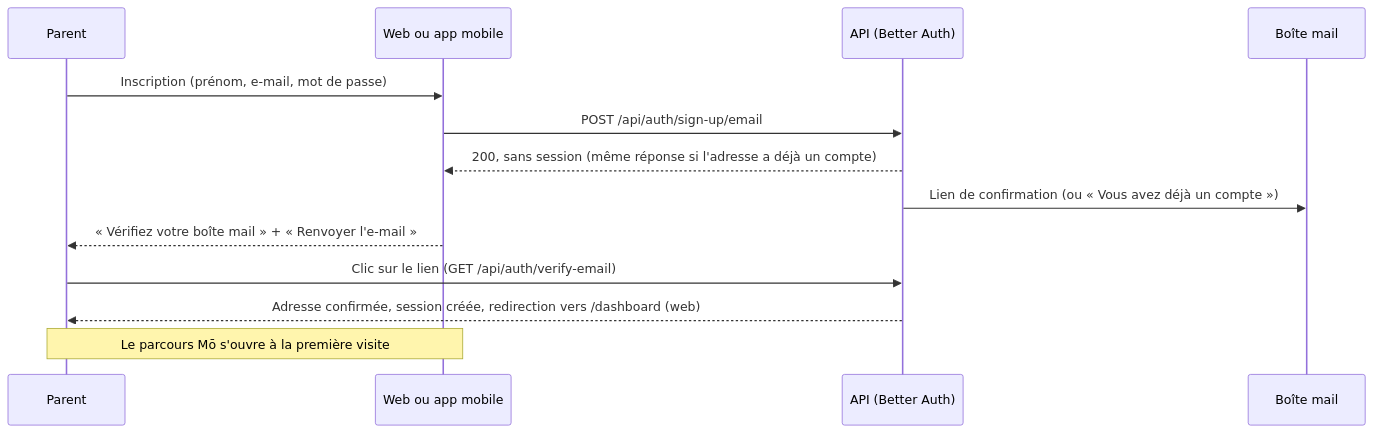
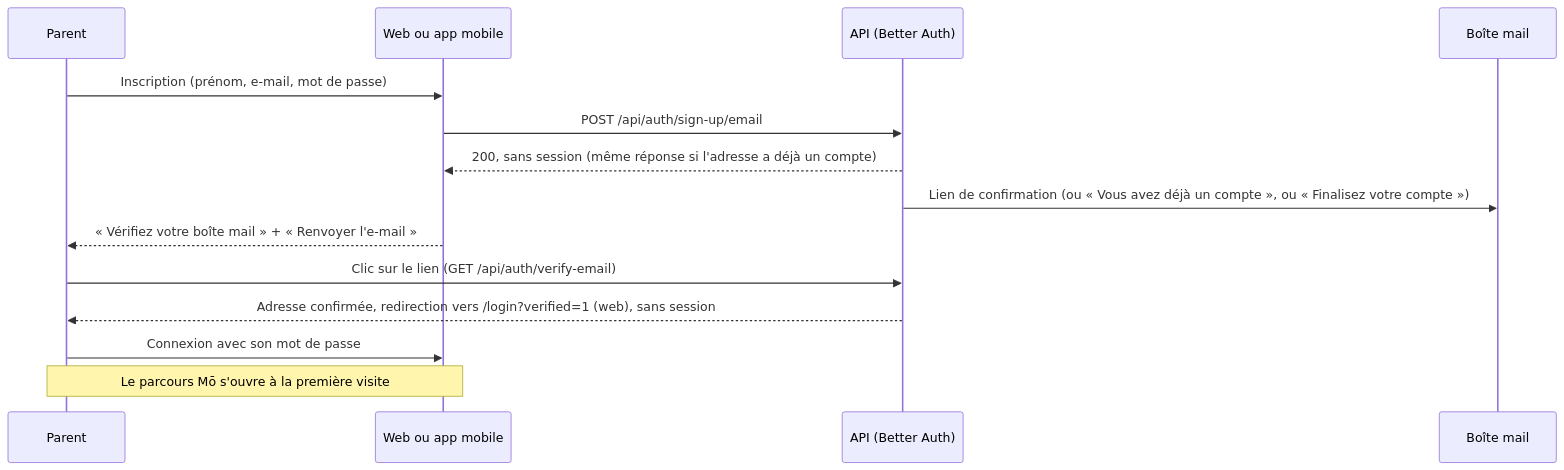
One commit to Wifsimster/toko changed the second of 2 diagrams in docs/authentication.md. Above: the diagram before and after it, drawn with Mermaid. The commit also changed other lines of this file and 11 other files, not shown here.

````diff
--- a/docs/authentication.md
+++ b/docs/authentication.md
@@ -40,16 +40,17 @@
 ```mermaid
 sequenceDiagram
     participant P as Parent
     participant W as Web ou app mobile
     participant A as API (Better Auth)
     participant M as Boîte mail
 
     P->>W: Inscription (prénom, e-mail, mot de passe)
     W->>A: POST /api/auth/sign-up/email
     A-->>W: 200, sans session (même réponse si l'adresse a déjà un compte)
-    A->>M: Lien de confirmation (ou « Vous avez déjà un compte »)
+    A->>M: Lien de confirmation (ou « Vous avez déjà un compte », ou « Finalisez votre compte »)
     W-->>P: « Vérifiez votre boîte mail » + « Renvoyer l'e-mail »
     P->>A: Clic sur le lien (GET /api/auth/verify-email)
-    A-->>P: Adresse confirmée, session créée, redirection vers /dashboard (web)
+    A-->>P: Adresse confirmée, redirection vers /login?verified=1 (web), sans session
+    P->>W: Connexion avec son mot de passe
     Note over P,W: Le parcours Mō s'ouvre à la première visite
 ```
````
